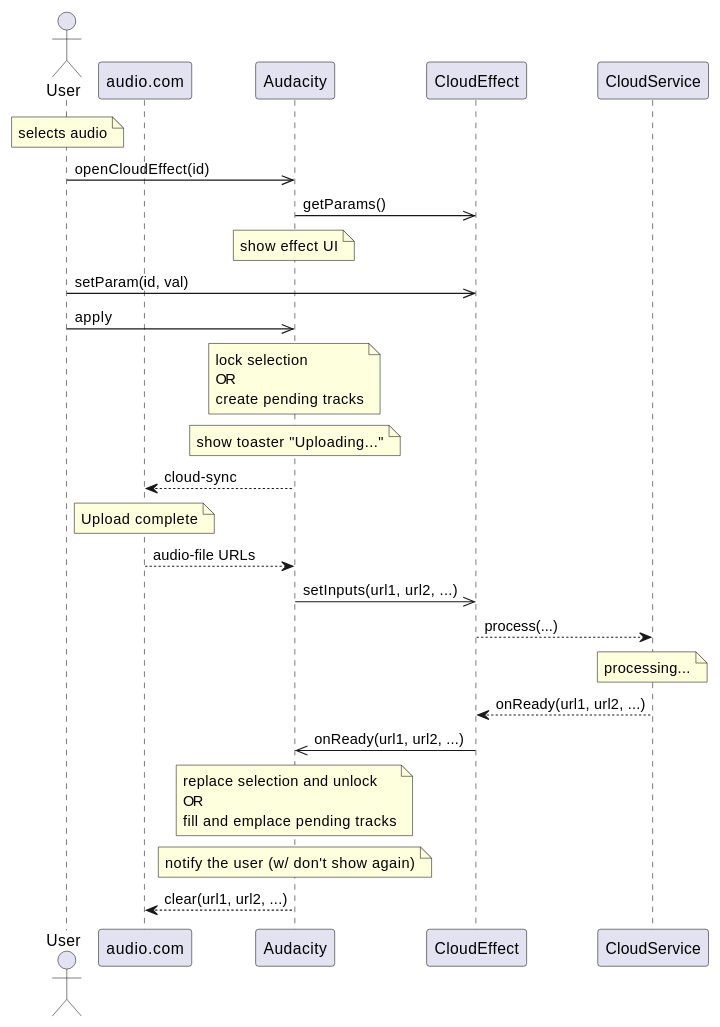
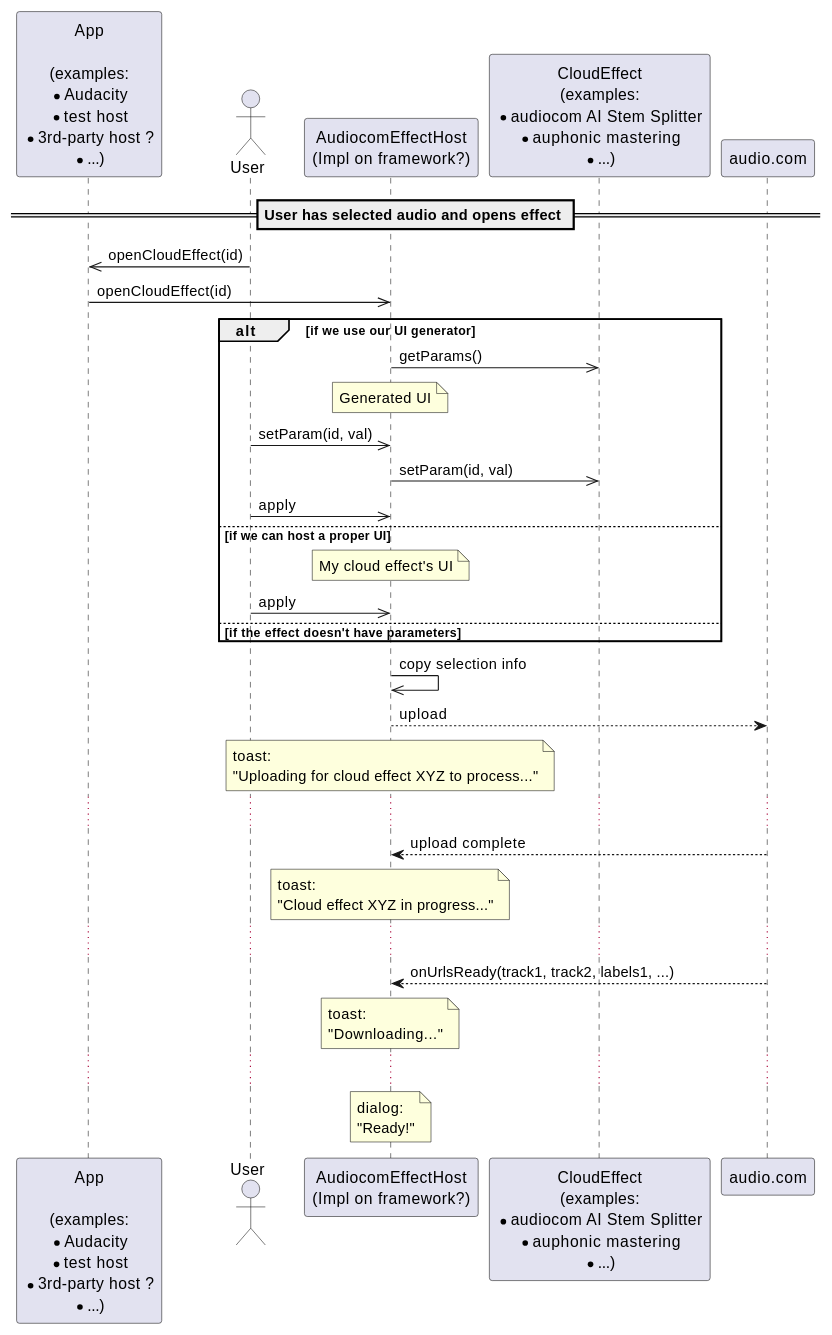
The diagram in docs/cloud-effects.md (saintmatthieu/audacity), drawn with PlantUML before and after one commit.

````diff
--- a/docs/cloud-effects.md
+++ b/docs/cloud-effects.md
@@ -1,29 +1,36 @@
 ```plantuml
 @startuml
+participant App as "App\n\n(examples:\n* Audacity\n* test host\n* 3rd-party host ?\n* ...)"
 actor User
+participant Host as "AudiocomEffectHost\n(Impl on framework?)"
+participant CloudEffect as "CloudEffect\n(examples:\n* audiocom AI Stem Splitter\n* auphonic mastering\n* ...)"
 participant "audio.com" as audiocom
-participant Audacity
-participant CloudEffect
-participant CloudService
 
-note over User: selects audio
-User ->> Audacity: openCloudEffect(id)
-Audacity ->> CloudEffect: getParams()
-note over Audacity: show effect UI
-User ->> CloudEffect: setParam(id, val)
-User ->> Audacity: apply
-note over Audacity: lock selection\nOR\ncreate pending tracks
-note over Audacity: show toaster "Uploading..."
-Audacity --> audiocom: cloud-sync
-note over audiocom: Upload complete
-audiocom --> Audacity: audio-file URLs
-Audacity ->> CloudEffect: setInputs(url1, url2, ...)
-CloudEffect --> CloudService: process(...)
-note over CloudService: processing...
-CloudService --> CloudEffect: onReady(url1, url2, ...)
-CloudEffect ->> Audacity: onReady(url1, url2, ...)
-note over Audacity: replace selection and unlock\nOR\nfill and emplace pending tracks
-note over Audacity: notify the user (w/ don't show again)
-Audacity --> audiocom: clear(url1, url2, ...)
+== User has selected audio and opens effect ==
+User ->> App: openCloudEffect(id)
+App ->> Host: openCloudEffect(id)
+alt if we use our UI generator
+Host ->> CloudEffect: getParams()
+note over Host: Generated UI
+User ->> Host: setParam(id, val)
+Host ->> CloudEffect: setParam(id, val)
+User ->> Host: apply
+else if we can host a proper UI
+note over Host: My cloud effect's UI
+User ->> Host: apply
+else if the effect doesn't have parameters
+end
+Host ->> Host: copy selection info
+Host --> audiocom: upload
+note over Host: toast:\n"Uploading for cloud effect XYZ to process..."
+...
+audiocom --> Host: upload complete
+note over Host: toast:\n"Cloud effect XYZ in progress..."
+...
+audiocom --> Host: onUrlsReady(track1, track2, labels1, ...)
+note over Host: toast:\n"Downloading..."
+...
+note over Host: dialog:\n"Ready!"
+
 @enduml
 ```
````
